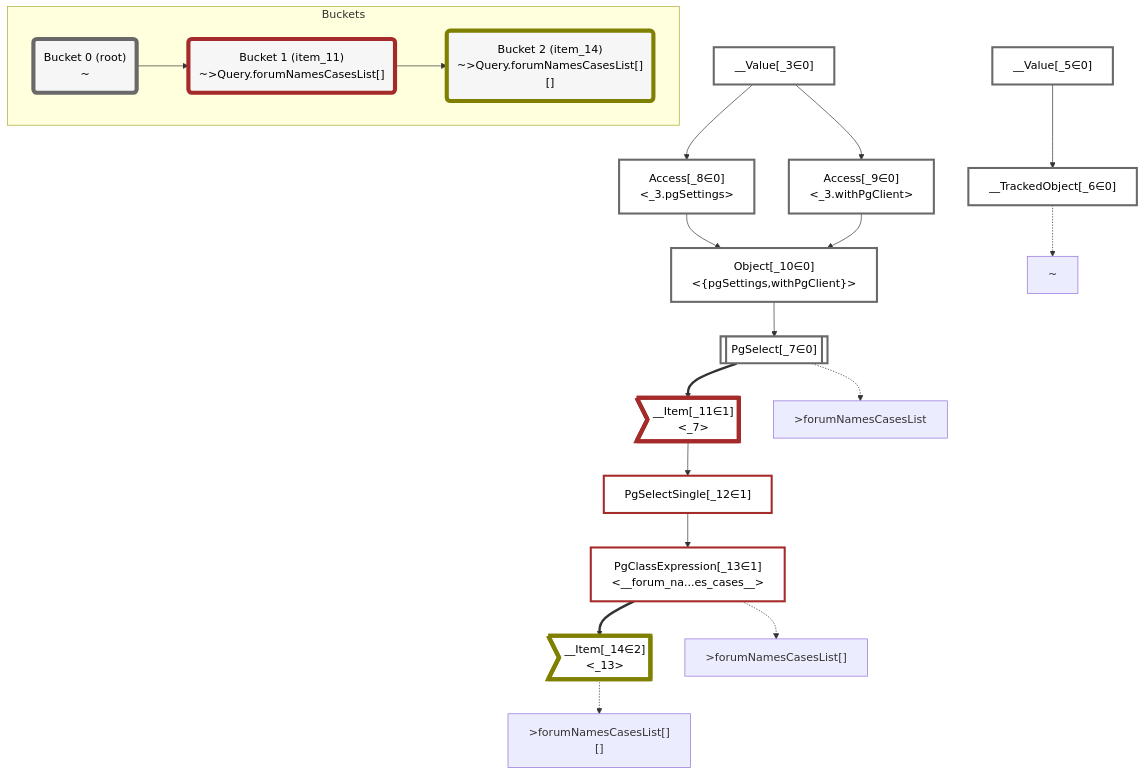
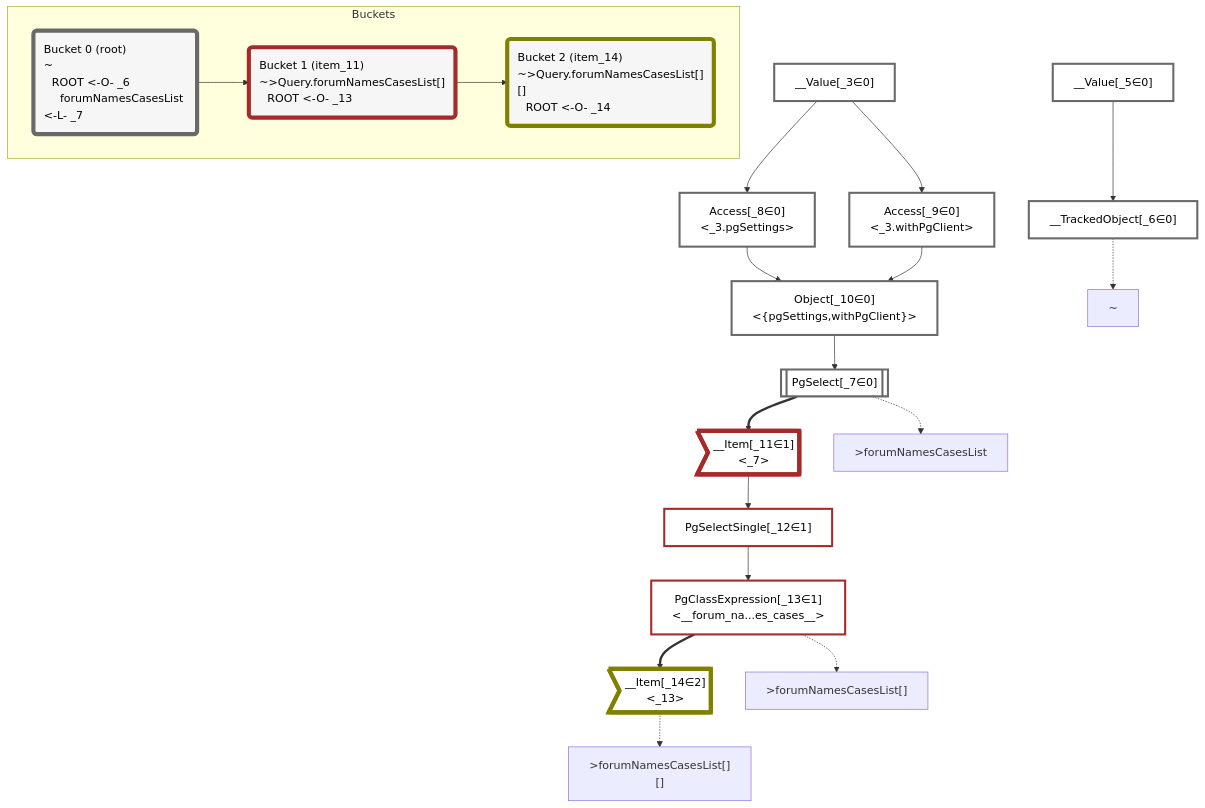
The diagram in packages/dataplan-pg/__tests__/queries/functions/custom-query-forum-names-cases.mermaid.md (graphile/crystal), drawn with Mermaid before and after one commit. The commit also changed 195 other files, not shown here.

````diff
--- a/packages/dataplan-pg/__tests__/queries/functions/custom-query-forum-names-cases.mermaid.md
+++ b/packages/dataplan-pg/__tests__/queries/functions/custom-query-forum-names-cases.mermaid.md
@@ -1,63 +1,63 @@
 ```mermaid
 graph TD
     classDef path fill:#eee,stroke:#000,color:#000
     classDef plan fill:#fff,stroke-width:3px,color:#000
     classDef itemplan fill:#fff,stroke-width:6px,color:#000
     classDef sideeffectplan fill:#f00,stroke-width:6px,color:#000
-    classDef bucket fill:#f6f6f6,color:#000,stroke-width:6px
+    classDef bucket fill:#f6f6f6,color:#000,stroke-width:6px,text-align:left
 
 
     %% define plans
     __Value_3["__Value[_3∈0]<br /><context>"]:::plan
     __Value_5["__Value[_5∈0]<br /><rootValue>"]:::plan
     __TrackedObject_6["__TrackedObject[_6∈0]"]:::plan
     PgSelect_7[["PgSelect[_7∈0]<br /><forum_names_cases>"]]:::plan
     Access_8["Access[_8∈0]<br /><_3.pgSettings>"]:::plan
     Access_9["Access[_9∈0]<br /><_3.withPgClient>"]:::plan
     Object_10["Object[_10∈0]<br /><{pgSettings,withPgClient}>"]:::plan
     __Item_11>"__Item[_11∈1]<br /><_7>"]:::itemplan
     PgSelectSingle_12["PgSelectSingle[_12∈1]<br /><forum_names_cases>"]:::plan
     PgClassExpression_13["PgClassExpression[_13∈1]<br /><__forum_na...es_cases__>"]:::plan
     __Item_14>"__Item[_14∈2]<br /><_13>"]:::itemplan
 
     %% plan dependencies
     __Value_5 --> __TrackedObject_6
     Object_10 --> PgSelect_7
     __Value_3 --> Access_8
     __Value_3 --> Access_9
     Access_8 --> Object_10
     Access_9 --> Object_10
     PgSelect_7 ==> __Item_11
     __Item_11 --> PgSelectSingle_12
     PgSelectSingle_12 --> PgClassExpression_13
     PgClassExpression_13 ==> __Item_14
 
     %% plan-to-path relationships
     P_6["~"]
     __TrackedObject_6 -.-> P_6
     P_7[">forumNamesCasesList"]
     PgSelect_7 -.-> P_7
     P_13[">forumNamesCasesList[]"]
     PgClassExpression_13 -.-> P_13
     P_14[">forumNamesCasesList[][]"]
     __Item_14 -.-> P_14
 
     %% allocate buckets
     classDef bucket0 stroke:#696969
     class __Value_3,__Value_5,__TrackedObject_6,PgSelect_7,Access_8,Access_9,Object_10 bucket0
     classDef bucket1 stroke:#a52a2a
     class __Item_11,PgSelectSingle_12,PgClassExpression_13 bucket1
     classDef bucket2 stroke:#808000
     class __Item_14 bucket2
 
     subgraph Buckets
-    Bucket0("Bucket 0 (root)<br />~"):::bucket
+    Bucket0("Bucket 0 (root)<br />~<br />⠀ROOT <-O- _6<br />⠀⠀forumNamesCasesList <-L- _7"):::bucket
     style Bucket0 stroke:#696969
-    Bucket1("Bucket 1 (item_11)<br />~>Query.forumNamesCasesList[]"):::bucket
+    Bucket1("Bucket 1 (item_11)<br />~>Query.forumNamesCasesList[]<br />⠀ROOT <-O- _13"):::bucket
     style Bucket1 stroke:#a52a2a
     Bucket0 --> Bucket1
-    Bucket2("Bucket 2 (item_14)<br />~>Query.forumNamesCasesList[][]"):::bucket
+    Bucket2("Bucket 2 (item_14)<br />~>Query.forumNamesCasesList[][]<br />⠀ROOT <-O- _14"):::bucket
     style Bucket2 stroke:#808000
     Bucket1 --> Bucket2
     end
 ```
````
